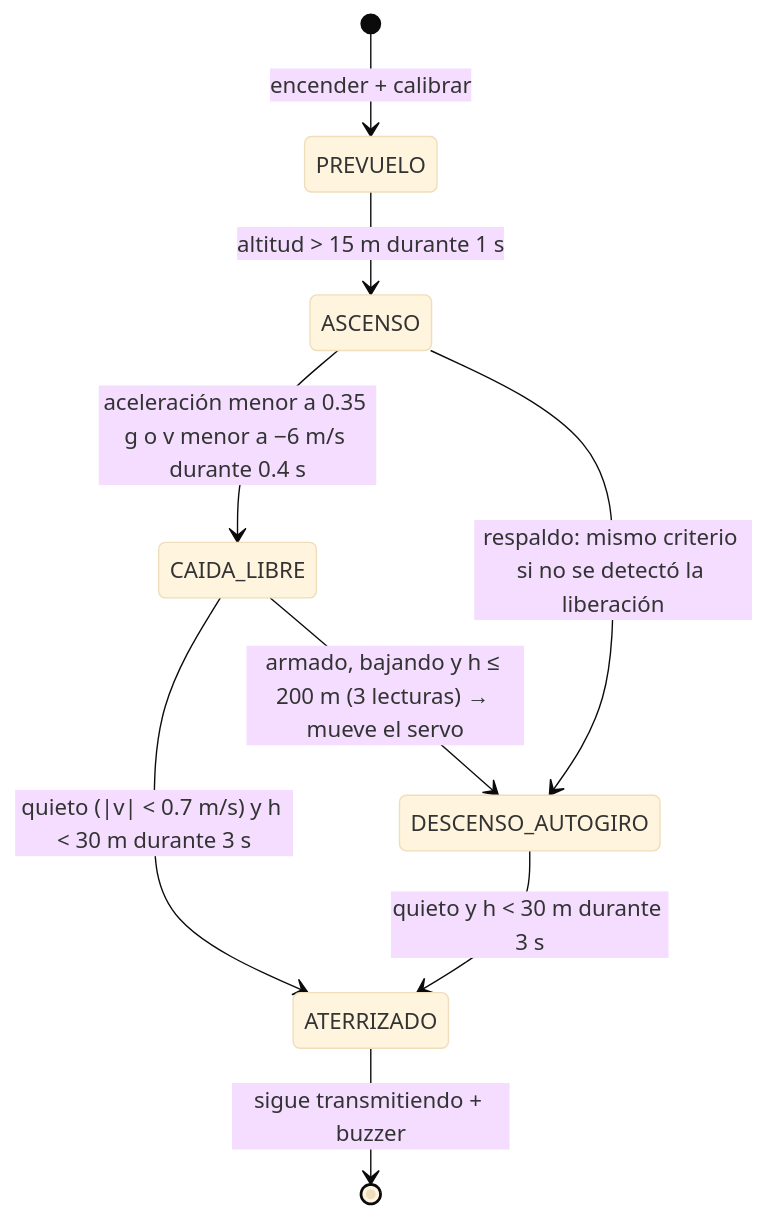
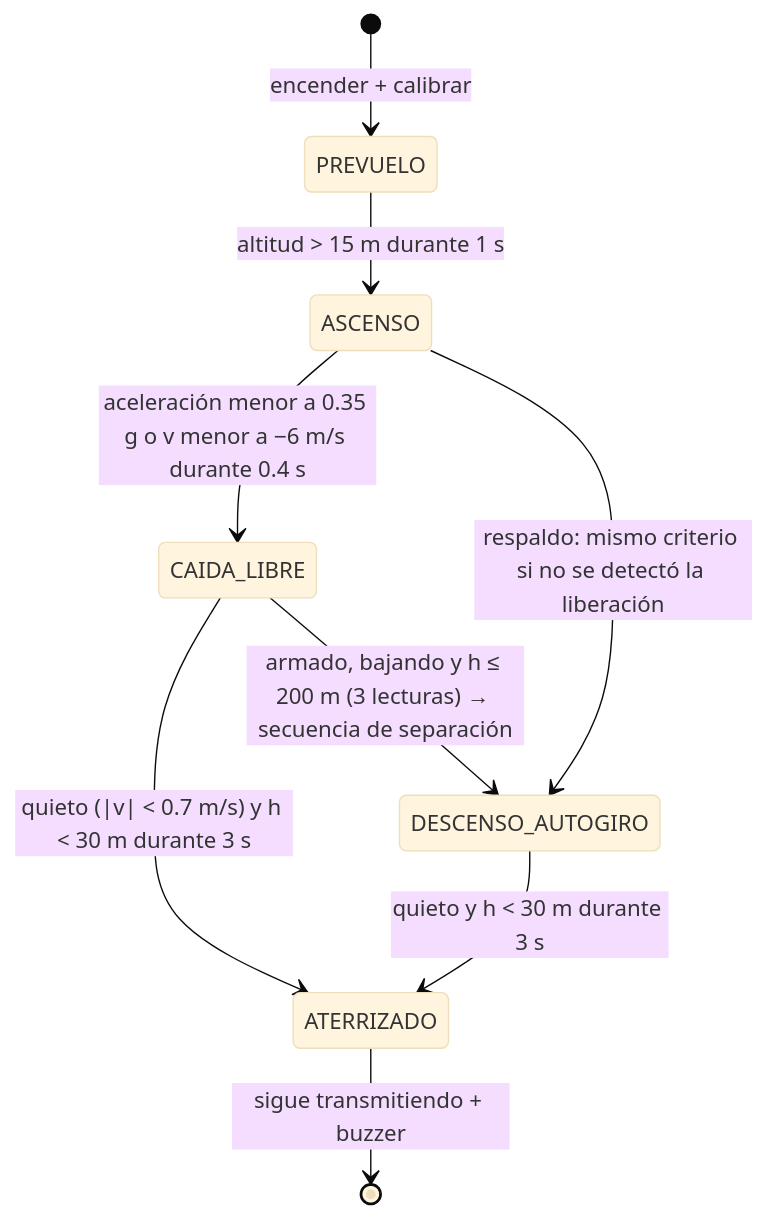
The first of 2 diagrams in docs/04-maquina-de-estados.md (essjonydiaz/zenit-cansat), drawn with Mermaid (base theme) before and after one commit. The commit also changed other lines of this file and 63 other files, not shown here.

````diff
--- a/docs/04-maquina-de-estados.md
+++ b/docs/04-maquina-de-estados.md
@@ -5,11 +5,11 @@
 ```mermaid
 stateDiagram-v2
   [*] --> PREVUELO : encender + calibrar
   PREVUELO --> ASCENSO : altitud > 15 m durante 1 s
   ASCENSO --> CAIDA_LIBRE : aceleración menor a 0.35 g o v menor a −6 m/s durante 0.4 s
-  CAIDA_LIBRE --> DESCENSO_AUTOGIRO : armado, bajando y h ≤ 200 m (3 lecturas) → mueve el servo
+  CAIDA_LIBRE --> DESCENSO_AUTOGIRO : armado, bajando y h ≤ 200 m (3 lecturas) → secuencia de separación
   ASCENSO --> DESCENSO_AUTOGIRO : respaldo: mismo criterio si no se detectó la liberación
   CAIDA_LIBRE --> ATERRIZADO : quieto (|v| < 0.7 m/s) y h < 30 m durante 3 s
   DESCENSO_AUTOGIRO --> ATERRIZADO : quieto y h < 30 m durante 3 s
   ATERRIZADO --> [*] : sigue transmitiendo + buzzer
 ```
````
